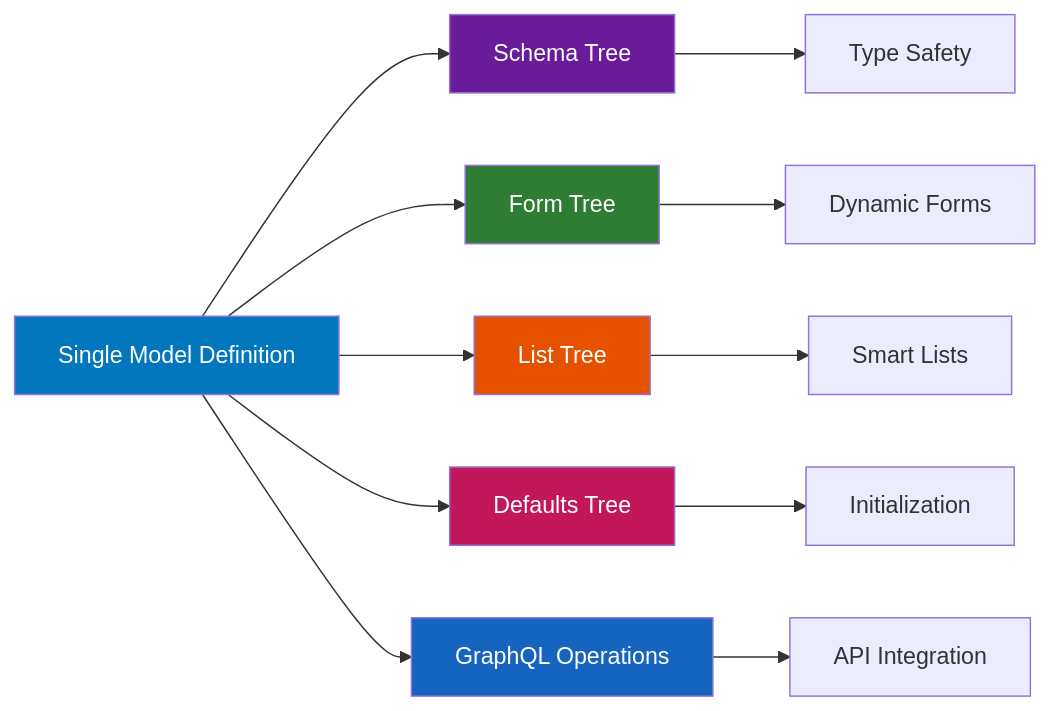
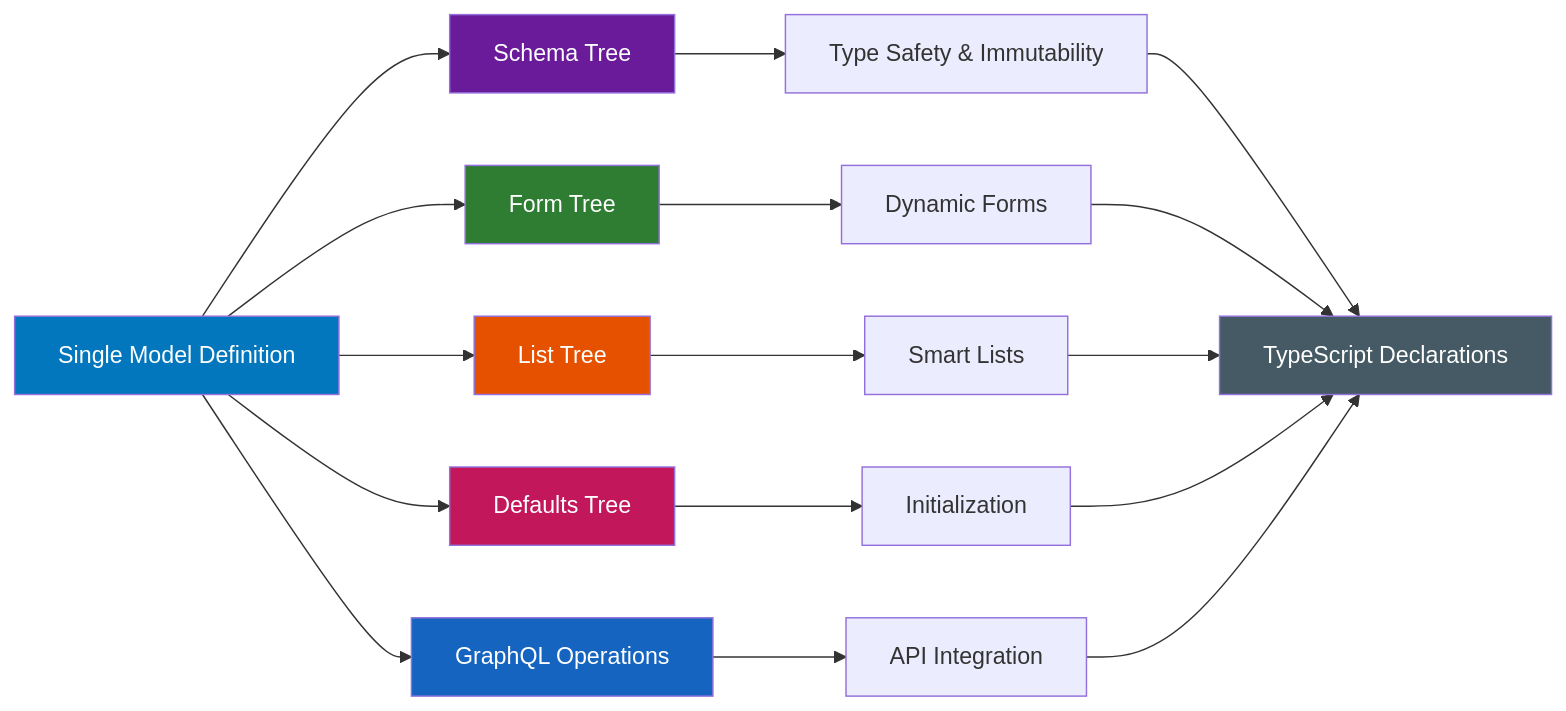
Before and after one commit to IEA-Paris/trees: the first of 2 diagrams in readme.md, drawn with Mermaid. The commit also changed other lines of this file and 2 other files, not shown here.

Commit message:
feat: added immutability to the trees, updated readme and documentation

````diff
--- a/readme.md
+++ b/readme.md
@@ -23,21 +23,28 @@
 ```mermaid
 graph LR
     A[Single Model Definition] --> B[Schema Tree]
     A --> C[Form Tree]
     A --> D[List Tree]
     A --> E[Defaults Tree]
     A --> F[GraphQL Operations]
 
-    B --> G[Type Safety]
+    B --> G[Type Safety & Immutability]
     C --> H[Dynamic Forms]
     D --> I[Smart Lists]
     E --> J[Initialization]
     F --> K[API Integration]
+
+    G --> L[TypeScript Declarations]
+    H --> L
+    I --> L
+    J --> L
+    K --> L
 
     style A fill:#0277bd,color:#fff
     style B fill:#6a1b9a,color:#fff
     style C fill:#2e7d32,color:#fff
     style D fill:#e65100,color:#fff
     style E fill:#c2185b,color:#fff
     style F fill:#1565c0,color:#fff
+    style L fill:#455a64,color:#fff
 ```
````
